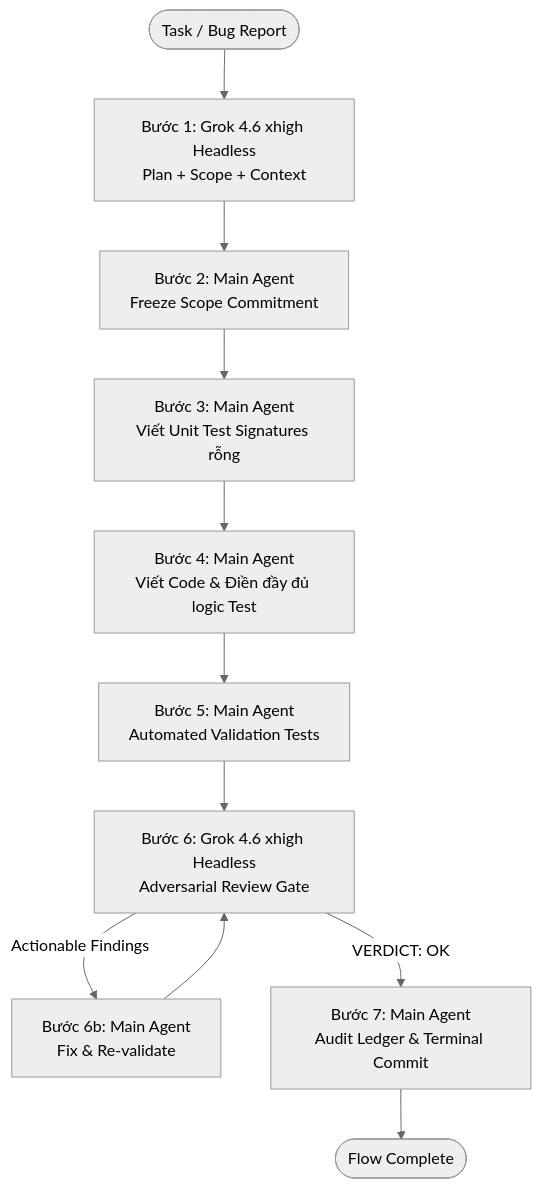
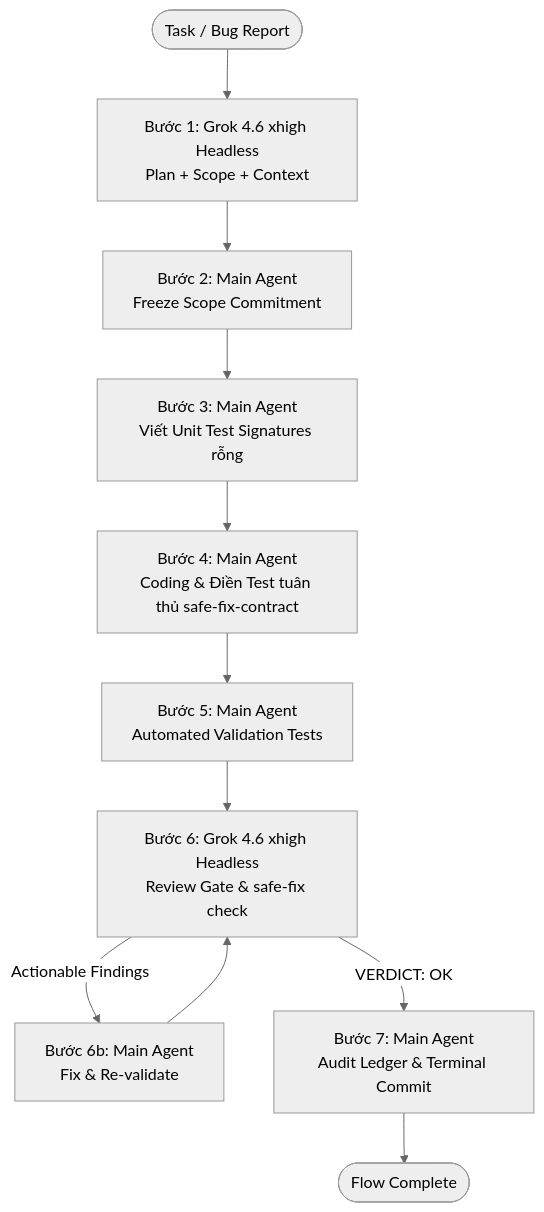
Before and after one commit to dattien96/flowpilot: the diagram in apps/local-runner/internal/skillpack/flow-pack/common/flow-mode-orchestrator/SKILL.md, drawn with Mermaid (neutral theme). The commit also changed other lines of this file, not shown here.

Commit message:
[Feature]: [skillpack] Enforce safe-fix-contract in flow-mode-orchestrator

````diff
--- a/apps/local-runner/internal/skillpack/flow-pack/common/flow-mode-orchestrator/SKILL.md
+++ b/apps/local-runner/internal/skillpack/flow-pack/common/flow-mode-orchestrator/SKILL.md
@@ -40,13 +47,13 @@
 ```mermaid
 flowchart TD
     User([Task / Bug Report]) --> Step1[Bước 1: Grok 4.6 xhigh Headless<br/>Plan + Scope + Context]
     Step1 --> Step2[Bước 2: Main Agent<br/>Freeze Scope Commitment]
     Step2 --> Step3[Bước 3: Main Agent<br/>Viết Unit Test Signatures rỗng]
-    Step3 --> Step4[Bước 4: Main Agent<br/>Viết Code & Điền đầy đủ logic Test]
+    Step3 --> Step4[Bước 4: Main Agent<br/>Coding & Điền Test tuân thủ safe-fix-contract]
     Step4 --> Step5[Bước 5: Main Agent<br/>Automated Validation Tests]
-    Step5 --> Step6[Bước 6: Grok 4.6 xhigh Headless<br/>Adversarial Review Gate]
+    Step5 --> Step6[Bước 6: Grok 4.6 xhigh Headless<br/>Review Gate & safe-fix check]
     Step6 -- Actionable Findings --> Step6b[Bước 6b: Main Agent<br/>Fix & Re-validate]
     Step6b --> Step6
     Step6 -- VERDICT: OK --> Step7[Bước 7: Main Agent<br/>Audit Ledger & Terminal Commit]
     Step7 --> Done([Flow Complete])
 ```
````
